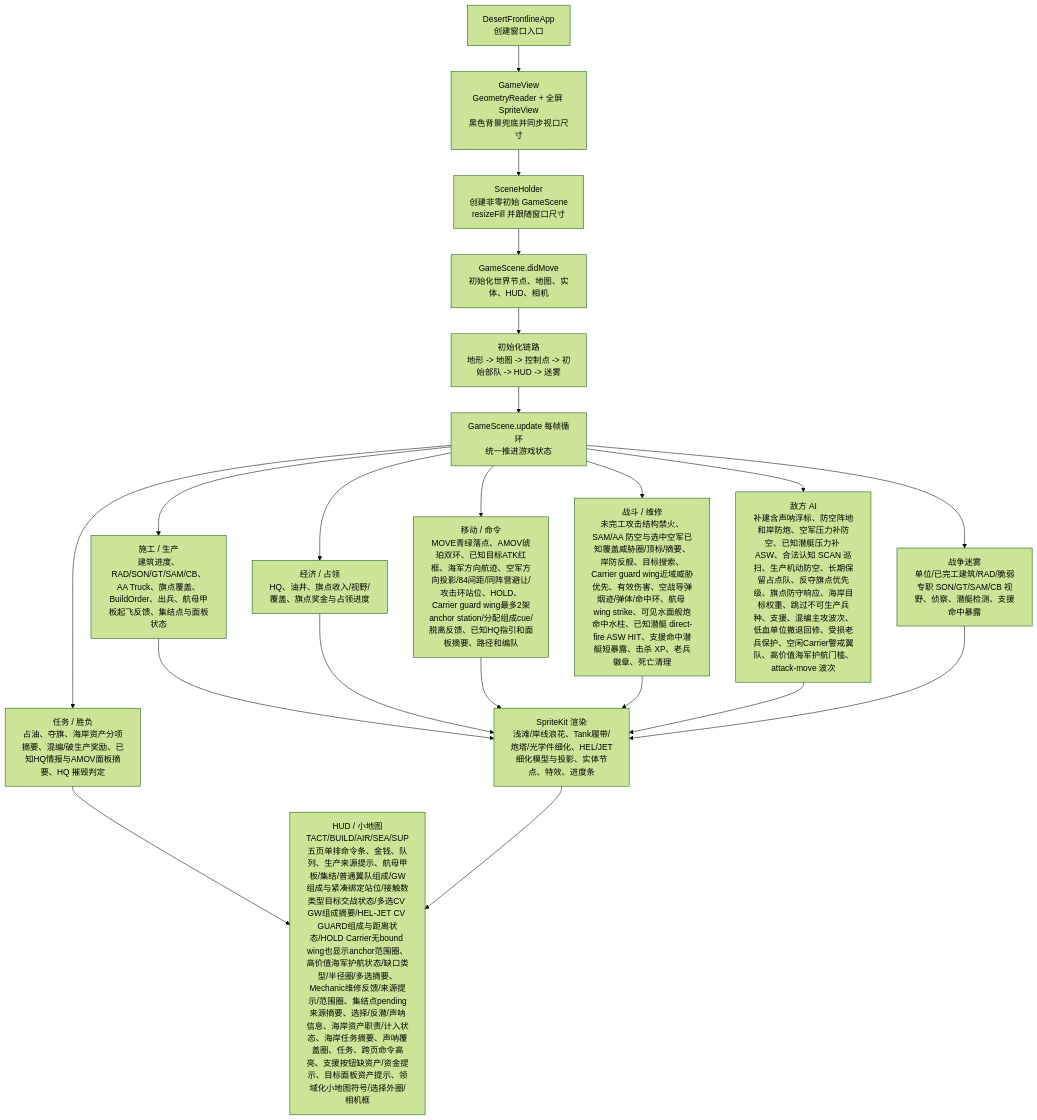
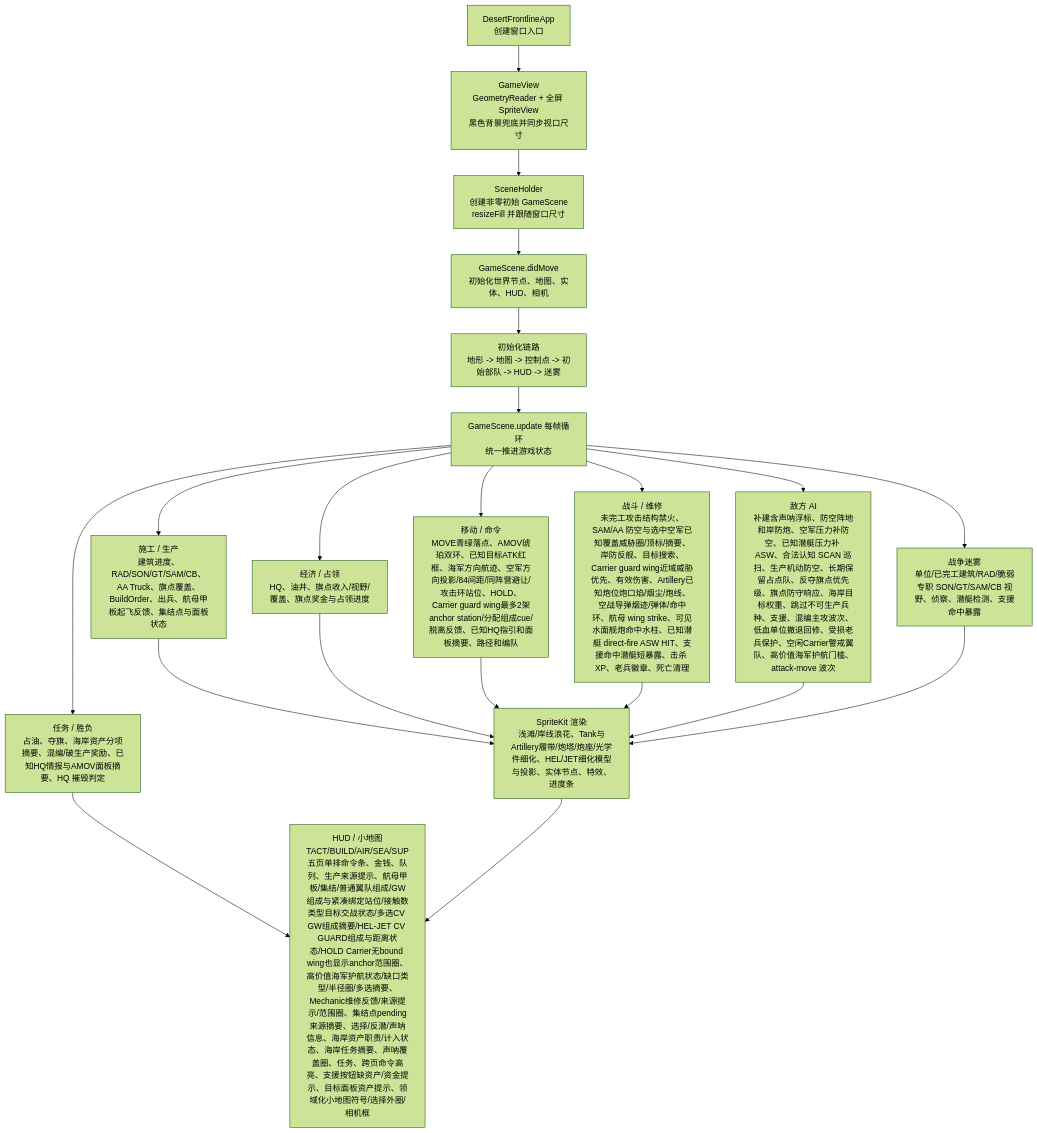
One commit to Altman-sam114/1145 changed the first of 3 diagrams in md/flow/flowchart.md. Above: the diagram before and after it, drawn with Mermaid (forest theme). The commit also changed other lines of this file and 5 other files, not shown here.

````diff
--- a/md/flow/flowchart.md
+++ b/md/flow/flowchart.md
@@ -9,23 +9,23 @@
 ```mermaid
 flowchart TD
   App["DesertFrontlineApp\n创建窗口入口"] --> View["GameView\nGeometryReader + 全屏 SpriteView\n黑色背景兜底并同步视口尺寸"]
   View --> Holder["SceneHolder\n创建非零初始 GameScene\nresizeFill 并跟随窗口尺寸"]
   Holder --> Scene["GameScene.didMove\n初始化世界节点、地图、实体、HUD、相机"]
   Scene --> Init["初始化链路\n地形 -> 地图 -> 控制点 -> 初始部队 -> HUD -> 迷雾"]
   Init --> Loop["GameScene.update 每帧循环\n统一推进游戏状态"]
   Loop --> Build["施工 / 生产\n建筑进度、RAD/SON/GT/SAM/CB、AA Truck、旗点覆盖、BuildOrder、出兵、航母甲板起飞反馈、集结点与面板状态"]
   Loop --> Economy["经济 / 占领\nHQ、油井、旗点收入/视野/覆盖、旗点奖金与占领进度"]
   Loop --> Commands["移动 / 命令\nMOVE青绿落点、AMOV琥珀双环、已知目标ATK红框、海军方向航迹、空军方向投影/84间距/同阵营避让/攻击环站位、HOLD、Carrier guard wing最多2架anchor station/分配组成cue/脱离反馈、已知HQ指引和面板摘要、路径和编队"]
-  Loop --> Combat["战斗 / 维修\n未完工攻击结构禁火、SAM/AA 防空与选中空军已知覆盖威胁圈/顶标/摘要、岸防反舰、目标搜索、Carrier guard wing近域威胁优先、有效伤害、空战导弹烟迹/弹体/命中环、航母 wing strike、可见水面舰炮命中水柱、已知潜艇 direct-fire ASW HIT、支援命中潜艇短暴露、击杀 XP、老兵徽章、死亡清理"]
+  Loop --> Combat["战斗 / 维修\n未完工攻击结构禁火、SAM/AA 防空与选中空军已知覆盖威胁圈/顶标/摘要、岸防反舰、目标搜索、Carrier guard wing近域威胁优先、有效伤害、Artillery已知炮位炮口焰/烟尘/炮线、空战导弹烟迹/弹体/命中环、航母 wing strike、可见水面舰炮命中水柱、已知潜艇 direct-fire ASW HIT、支援命中潜艇短暴露、击杀 XP、老兵徽章、死亡清理"]
   Loop --> AI["敌方 AI\n补建含声呐浮标、防空阵地和岸防炮、空军压力补防空、已知潜艇压力补 ASW、合法认知 SCAN 巡扫、生产机动防空、长期保留占点队、反夺旗点优先级、旗点防守响应、海岸目标权重、跳过不可生产兵种、支援、混编主攻波次、低血单位撤退回修、受损老兵保护、空闲Carrier警戒翼队、高价值海军护航门槛、attack-move 波次"]
   Loop --> Fog["战争迷雾\n单位/已完工建筑/RAD/脆弱专职 SON/GT/SAM/CB 视野、侦察、潜艇检测、支援命中暴露"]
   Loop --> Mission["任务 / 胜负\n占油、夺旗、海岸资产分项摘要、混编/破生产奖励、已知HQ情报与AMOV面板摘要、HQ 摧毁判定"]
-  Build --> Render["SpriteKit 渲染\n浅滩/岸线浪花、Tank履带/炮塔/光学件细化、HEL/JET细化模型与投影、实体节点、特效、进度条"]
+  Build --> Render["SpriteKit 渲染\n浅滩/岸线浪花、Tank与Artillery履带/炮塔/炮座/光学件细化、HEL/JET细化模型与投影、实体节点、特效、进度条"]
   Economy --> Render
   Commands --> Render
   Combat --> Render
   AI --> Render
   Fog --> Render
   Mission --> HUD["HUD / 小地图\nTACT/BUILD/AIR/SEA/SUP五页单排命令条、金钱、队列、生产来源提示、航母甲板/集结/普通翼队组成/GW组成与紧凑绑定站位/接触数类型目标交战状态/多选CV GW组成摘要/HEL-JET CV GUARD组成与距离状态/HOLD Carrier无bound wing也显示anchor范围圈、高价值海军护航状态/缺口类型/半径圈/多选摘要、Mechanic维修反馈/来源提示/范围圈、集结点pending来源摘要、选择/反潜/声呐信息、海岸资产职责/计入状态、海岸任务摘要、声呐覆盖圈、任务、跨页命令高亮、支援按钮缺资产/资金提示、目标面板资产提示、领域化小地图符号/选择外圈/相机框"]
   Render --> HUD
 ```
````
